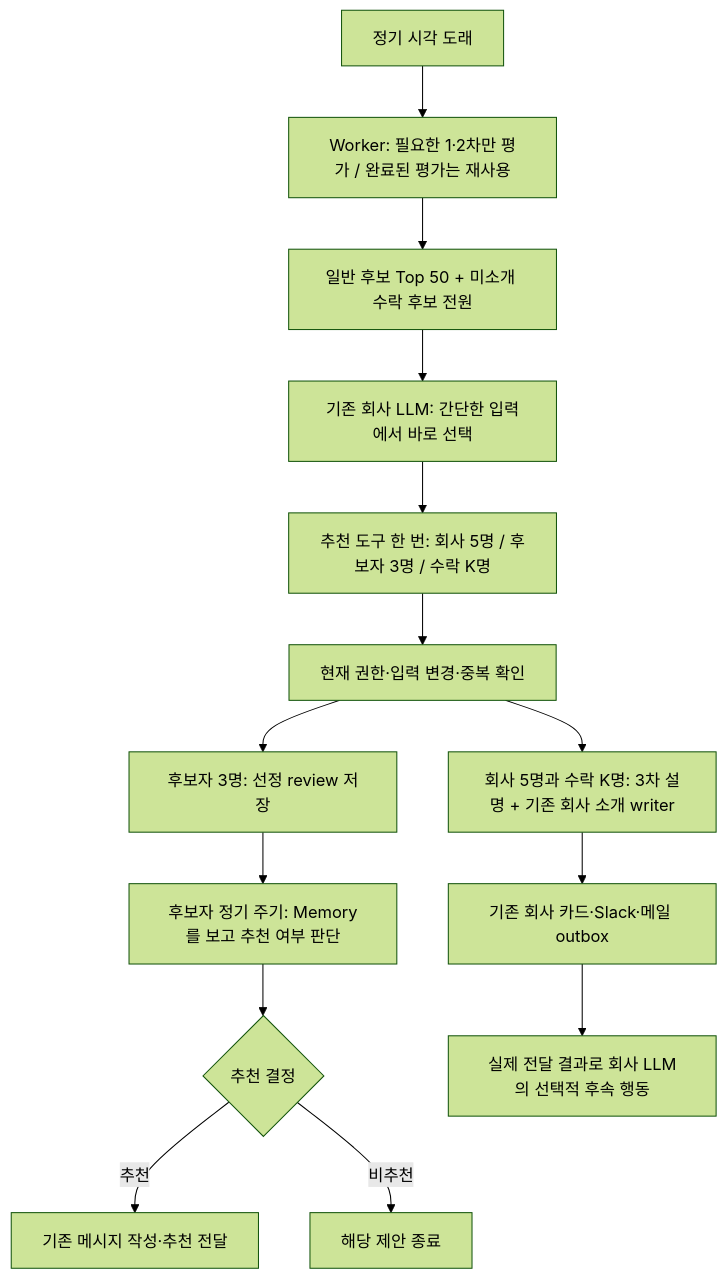
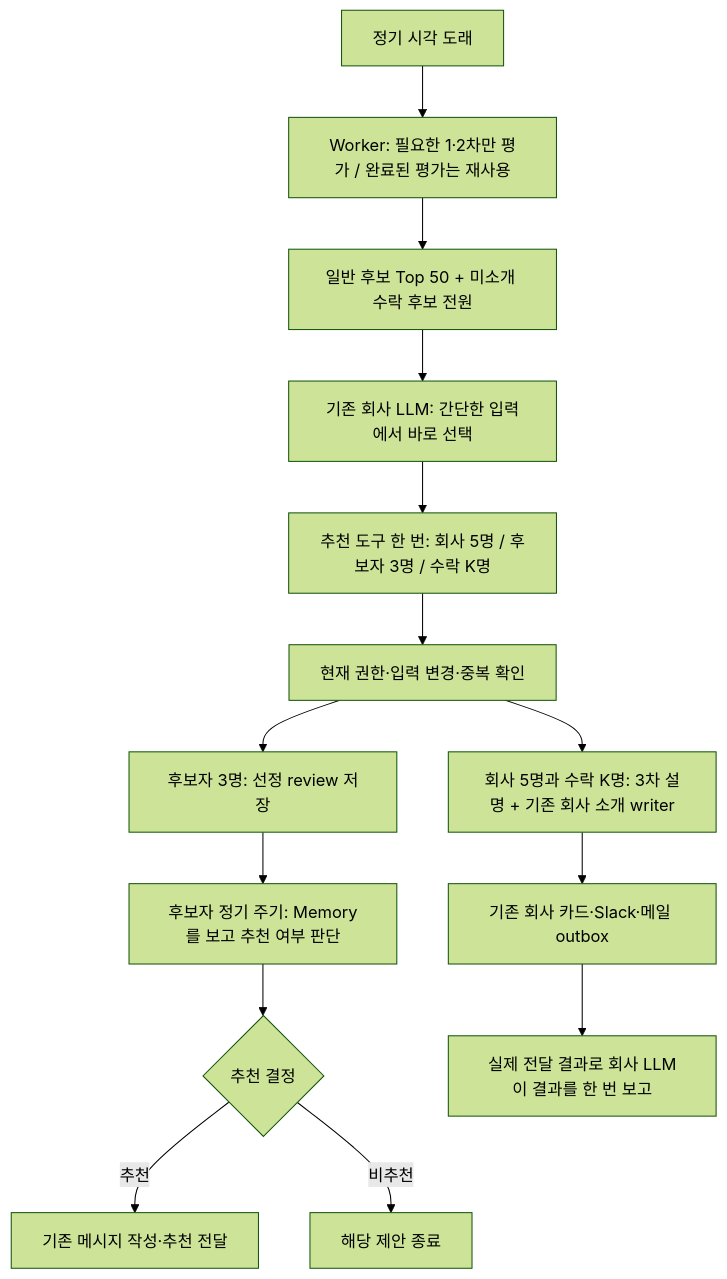
One commit to matchharper/harper_beta changed the diagram in docs/company/company-scheduled-agentic-role-search-implementation-ko.md. Above: the diagram before and after it, drawn with Mermaid (forest theme). The commit also changed other lines of this file and 8 other files, not shown here.

````diff
--- a/docs/company/company-scheduled-agentic-role-search-implementation-ko.md
+++ b/docs/company/company-scheduled-agentic-role-search-implementation-ko.md
@@ -123,16 +125,16 @@
 ```mermaid
 flowchart TD
   A[정기 시각 도래] --> B[Worker: 필요한 1·2차만 평가 / 완료된 평가는 재사용]
   B --> C[일반 후보 Top 50 + 미소개 수락 후보 전원]
   C --> D[기존 회사 LLM: 간단한 입력에서 바로 선택]
   D --> E[추천 도구 한 번: 회사 5명 / 후보자 3명 / 수락 K명]
   E --> F[현재 권한·입력 변경·중복 확인]
   F --> G[회사 5명과 수락 K명: 3차 설명 + 기존 회사 소개 writer]
   F --> H[후보자 3명: 선정 review 저장]
   H --> K[후보자 정기 주기: Memory를 보고 추천 여부 판단]
   K --> L{추천 결정}
   L -->|추천| M[기존 메시지 작성·추천 전달]
   L -->|비추천| N[해당 제안 종료]
   G --> I[기존 회사 카드·Slack·메일 outbox]
-  I --> J[실제 전달 결과로 회사 LLM의 선택적 후속 행동]
+  I --> J[실제 전달 결과로 회사 LLM이 결과를 한 번 보고]
 ```
````
